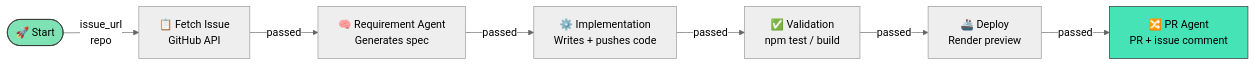
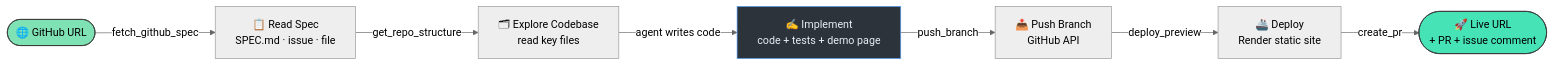
Before and after one commit to hongchengw/superplane-render-nyc-hack: the fourth of 8 diagrams in README.md, drawn with Mermaid (neutral theme). The commit also changed other lines of this file, not shown here.

First line of the commit message:
docs: comprehensive README with 7 Mermaid diagrams

````diff
--- a/README.md
+++ b/README.md
@@ -206,18 +269,14 @@
 ```mermaid
 flowchart LR
-    A([🚀 Start]) -->|issue_url\nrepo| B
-    B["📋 Fetch Issue\nGitHub API"]
-    B -->|passed| C
-    C["🧠 Requirement Agent\nGenerates spec"]
-    C -->|passed| D
-    D["⚙️ Implementation\nWrites + pushes code"]
-    D -->|passed| E
-    E["✅ Validation\nnpm test / build"]
-    E -->|passed| F
-    F["🚢 Deploy\nRender preview"]
-    F -->|passed| G
-    G["🔀 PR Agent\nPR + issue comment"]
+    A([🌐 GitHub URL]) -->|fetch_github_spec| B
+    B["📋 Read Spec\nSPEC.md · issue · file"] -->|get_repo_structure| C
+    C["🗂 Explore Codebase\nread key files"] -->|agent writes code| D
+    D["✍️ Implement\ncode + tests + demo page"] -->|push_branch| E
+    E["📤 Push Branch\nGitHub API"] -->|deploy_preview| F
+    F["🚢 Deploy\nRender static site"] -->|create_pr| G
+    G(["🚀 Live URL\n+ PR + issue comment"])
 
     style A fill:#7fe2b4,stroke:#333,color:#000
     style G fill:#46E3B7,stroke:#333,color:#000
+    style D fill:#2d333b,color:#e6edf3,stroke:#58a6ff
 ```
````
